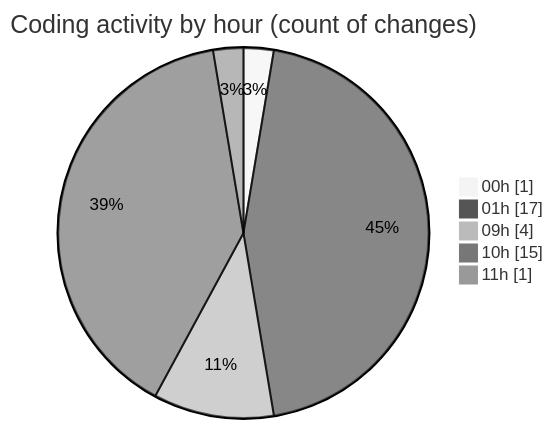
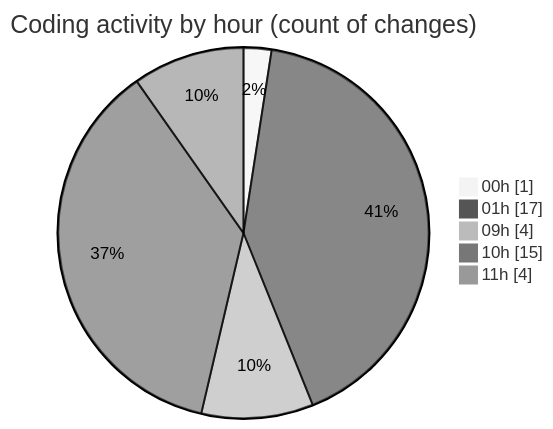
The second of 2 diagrams in 2025-11-01/cdp_aleoudev_fr__workspace_/README.md (julien-gomy/code-tracking), drawn with Mermaid (neutral theme) before and after one commit. The commit also changed other lines of this file and 1 other file, not shown here.

````diff
--- a/2025-11-01/cdp_aleoudev_fr__workspace_/README.md
+++ b/2025-11-01/cdp_aleoudev_fr__workspace_/README.md
@@ -33,9 +33,9 @@
 ```mermaid
 pie showData
 title Coding activity by hour (count of changes)
 "00h" : 1
 "01h" : 17
 "09h" : 4
 "10h" : 15
-"11h" : 1
+"11h" : 4
 ```
````
